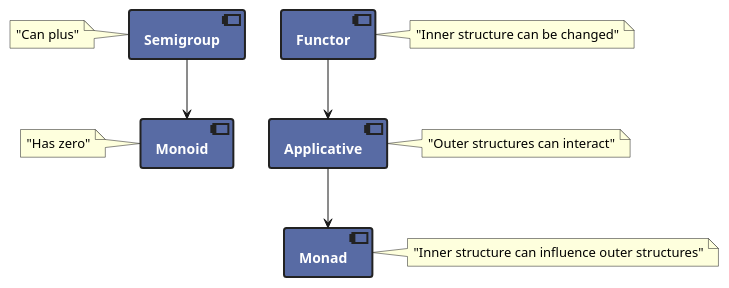
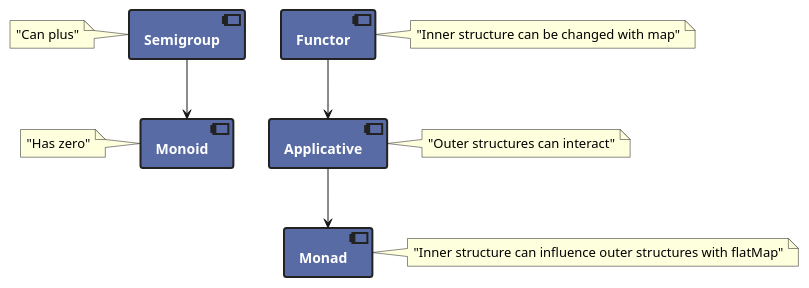
Before and after one commit to mcanlas/presentation-slides: the diagram in slides/diagrams/220-functor-with-notes.puml, drawn with PlantUML. The commit also changed 1 other file, not shown here.

```diff
--- a/slides/diagrams/220-functor-with-notes.puml
+++ b/slides/diagrams/220-functor-with-notes.puml
@@ -1,32 +1,32 @@
 @startuml
 
 skinparam defaultTextAlignment center
 
 skinparam component {
   fontStyle bold
   fontColor white
   backgroundColor #586ba4
   borderColor #222
   borderThickness 2
 }
 
 component semigroup as "Semigroup"
 note left of semigroup: "Can plus"
 
 component monoid as "Monoid"
 note left of monoid: "Has zero"
 
 semigroup --> monoid
 
 component functor as "Functor"
-note right of functor: "Inner structure can be changed"
+note right of functor: "Inner structure can be changed with map"
 
 component applicative as "Applicative"
 note right of applicative: "Outer structures can interact"
 
 component monad as "Monad"
-note right of monad: "Inner structure can influence outer structures"
+note right of monad: "Inner structure can influence outer structures with flatMap"
 
 functor --> applicative
 applicative --> monad
 @enduml
```
